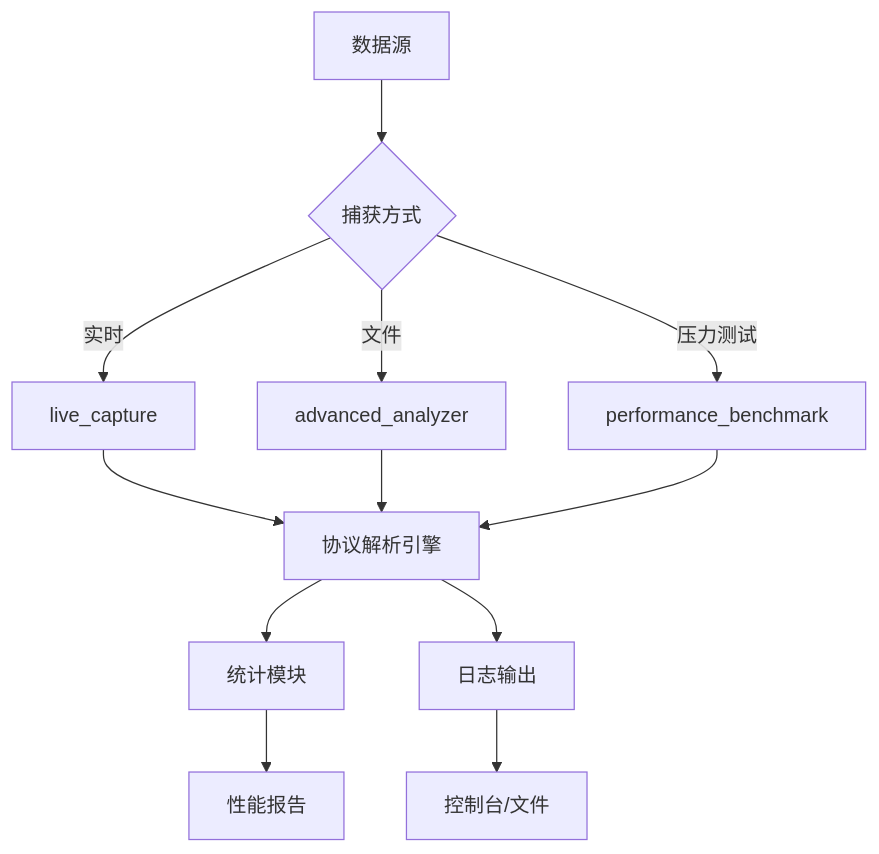
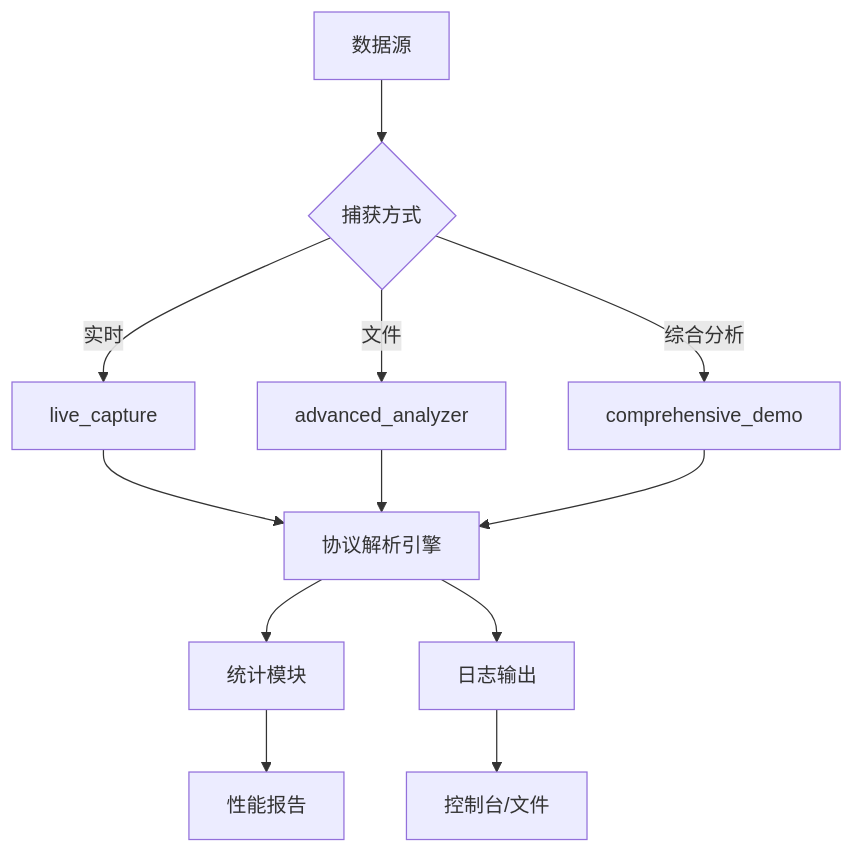
Before and after one commit to jie-798/protocol-parser: the second of 7 diagrams in .qoder/repowiki/zh/content/示例程序详解/示例程序详解.md, drawn with Mermaid. The commit also changed other lines of this file and 31 other files, not shown here.

````diff
--- a/.qoder/repowiki/zh/content/示例程序详解/示例程序详解.md
+++ b/.qoder/repowiki/zh/content/示例程序详解/示例程序详解.md
@@ -81,14 +90,14 @@
 ```mermaid
 graph TD
 A[数据源] --> B{捕获方式}
 B --> |实时| C[live_capture]
 B --> |文件| D[advanced_analyzer]
-B --> |压力测试| E[performance_benchmark]
+B --> |综合分析| E[comprehensive_demo]
 C --> F[协议解析引擎]
 D --> F
 E --> F
 F --> G[统计模块]
 F --> H[日志输出]
 G --> I[性能报告]
 H --> J[控制台/文件]
 ```
````
